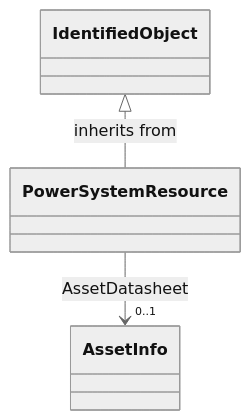
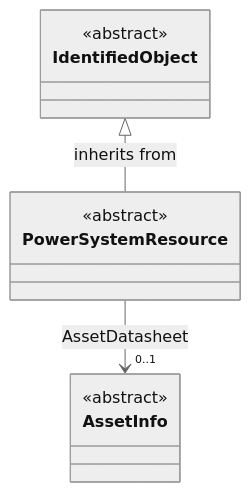
One commit to PNNL-CIM-Tools/CIM-Graph changed diagram 13 of 14 in cimgraph/data_profile/cim18gmdm/asset/Asset.rdfs-t2b.md. Above: the diagram before and after it, drawn with Mermaid (neutral theme). The commit also changed other lines of this file and 28 other files, not shown here.

````diff
--- a/cimgraph/data_profile/cim18gmdm/asset/Asset.rdfs-t2b.md
+++ b/cimgraph/data_profile/cim18gmdm/asset/Asset.rdfs-t2b.md
@@ -500,7 +589,19 @@
 ```mermaid
 classDiagram
-class PowerSystemResource{
+direction TB
+
+class PowerSystemResource {
+<<abstract>>
 }
+
+class IdentifiedObject {
+<<abstract>>
+}
+
 IdentifiedObject <|-- PowerSystemResource : inherits from
+class AssetInfo {
+<<abstract>>
+}
+
 PowerSystemResource --> "0..1" AssetInfo : AssetDatasheet
 ```
````
